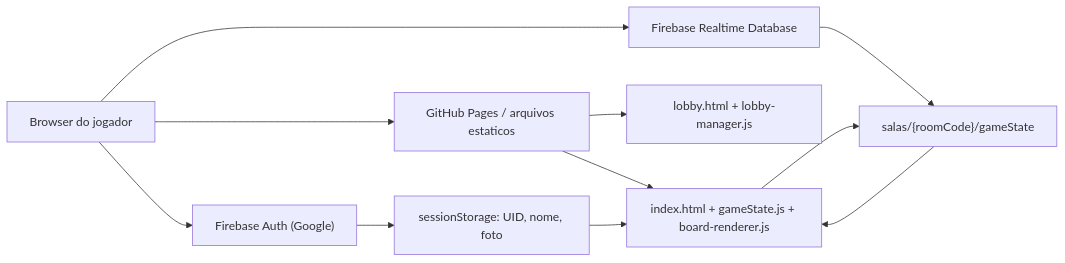
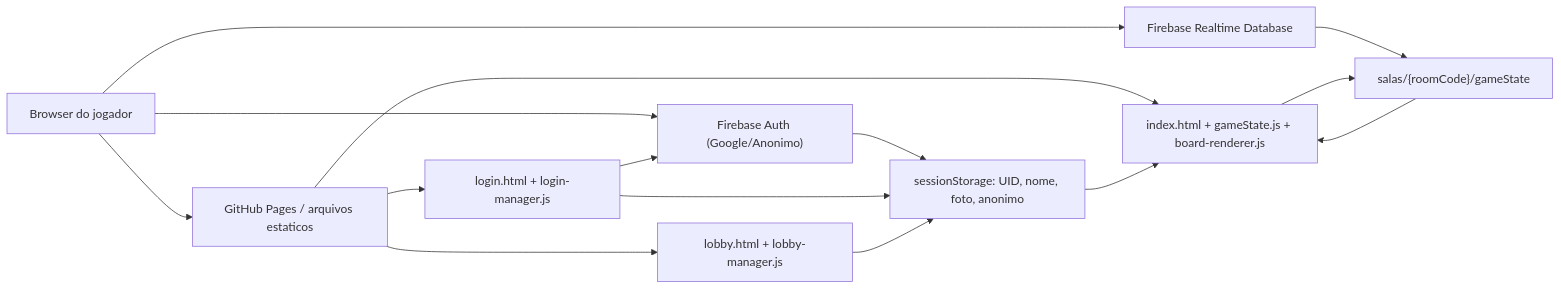
The first of 4 diagrams in docs/TDD.md (GabrielBarbosa0/Coup-Master), drawn with Mermaid before and after one commit. The commit also changed other lines of this file and 16 other files, not shown here.

````diff
--- a/docs/TDD.md
+++ b/docs/TDD.md
@@ -61,15 +62,19 @@
 ```mermaid
 flowchart LR
   Browser["Browser do jogador"] --> Pages["GitHub Pages / arquivos estaticos"]
-  Browser --> Auth["Firebase Auth (Google)"]
+  Browser --> Auth["Firebase Auth (Google/Anonimo)"]
   Browser --> RTDB["Firebase Realtime Database"]
 
+  Pages --> Login["login.html + login-manager.js"]
   Pages --> Lobby["lobby.html + lobby-manager.js"]
   Pages --> Game["index.html + gameState.js + board-renderer.js"]
 
-  Auth --> Session["sessionStorage: UID, nome, foto"]
+  Auth --> Session["sessionStorage: UID, nome, foto, anonimo"]
+  Login --> Auth
+  Login --> Session
+  Lobby --> Session
   Session --> Game
   RTDB --> State["salas/{roomCode}/gameState"]
   State --> Game
   Game --> State
 ```
````
